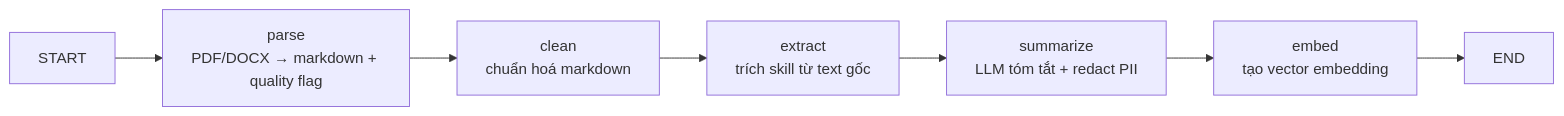
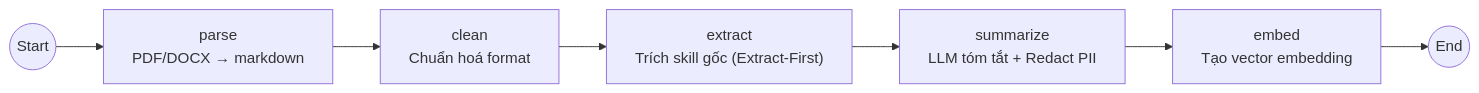
One commit to linhnguyenviet030704-oss/T099 changed the second of 4 diagrams in docs/architecture-agent-backend.md. Above: the diagram before and after it, drawn with Mermaid. The commit also changed other lines of this file and 98 other files, not shown here.

````diff
--- a/docs/architecture-agent-backend.md
+++ b/docs/architecture-agent-backend.md
@@ -61,9 +57,9 @@
 ```mermaid
 graph LR
-    START --> parse[parse<br/>PDF/DOCX → markdown + quality flag]
-    parse --> clean[clean<br/>chuẩn hoá markdown]
-    clean --> extract[extract<br/>trích skill từ text gốc]
-    extract --> summarize[summarize<br/>LLM tóm tắt + redact PII]
-    summarize --> embed[embed<br/>tạo vector embedding]
-    embed --> END
+    START((Start)) --> parse["parse<br/>PDF/DOCX &rarr; markdown"]
+    parse --> clean["clean<br/>Chuẩn hoá format"]
+    clean --> extract["extract<br/>Trích skill gốc (Extract-First)"]
+    extract --> summarize["summarize<br/>LLM tóm tắt + Redact PII"]
+    summarize --> embed["embed<br/>Tạo vector embedding"]
+    embed --> END((End))
 ```
````
